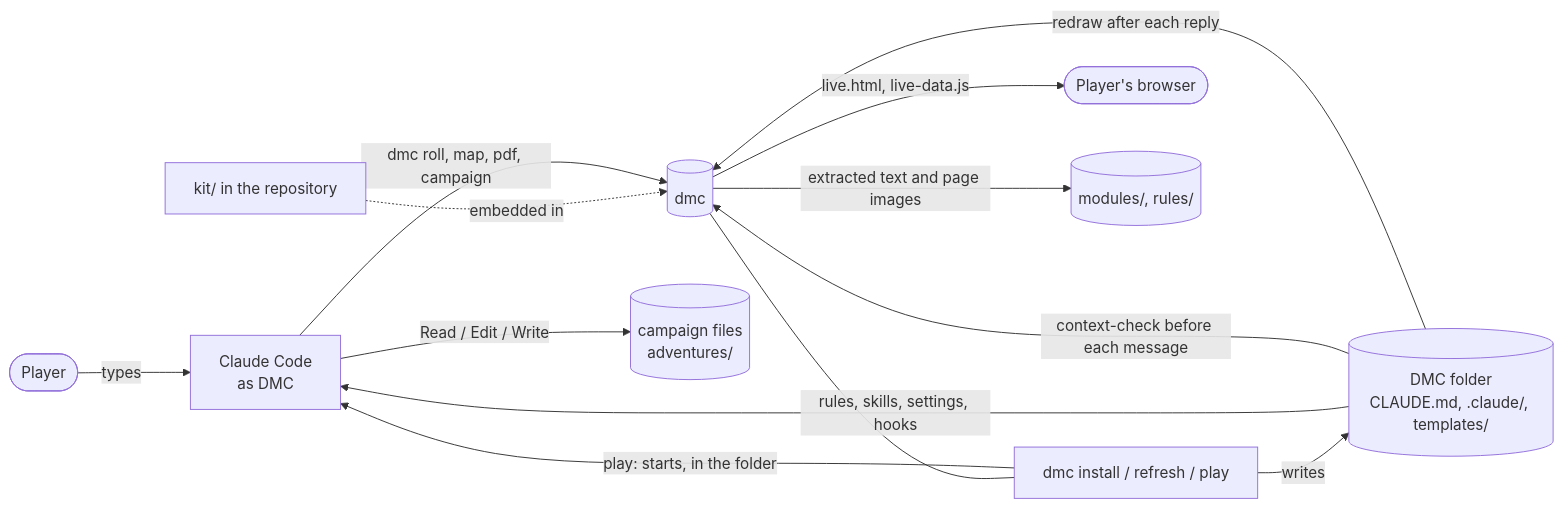
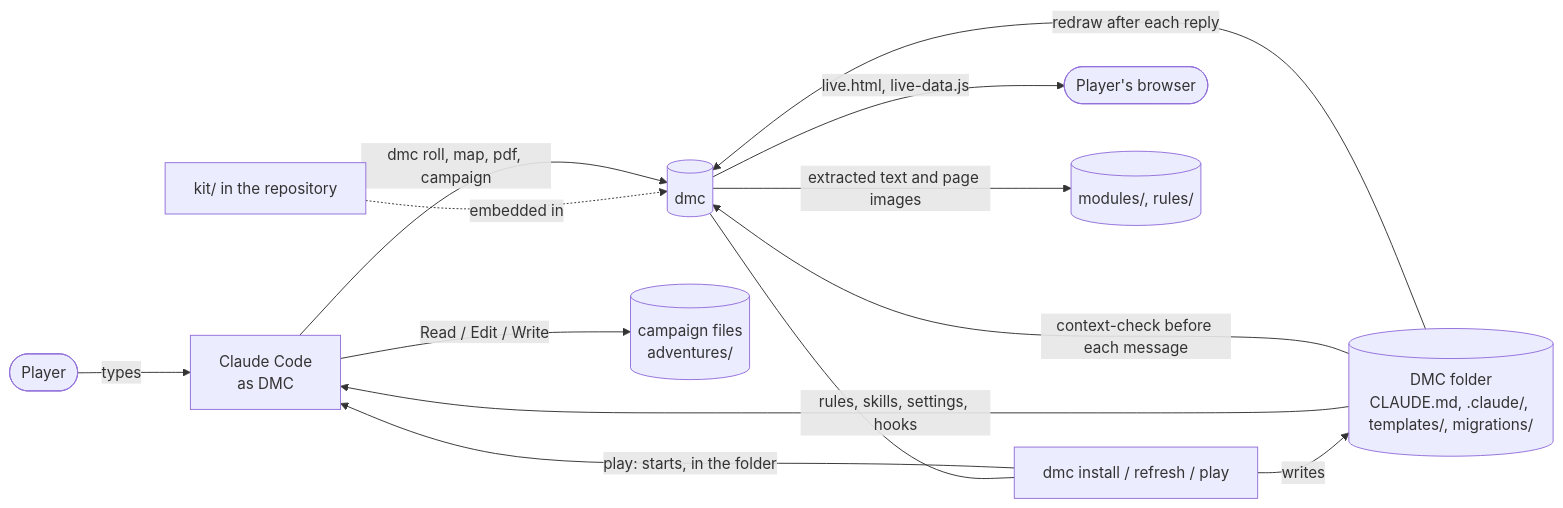
One commit to abaskett3/dungeon-master-claude changed the diagram in .docs/architecture.md. Above: the diagram before and after it, drawn with Mermaid. The commit also changed other lines of this file and 9 other files, not shown here.

````diff
--- a/.docs/architecture.md
+++ b/.docs/architecture.md
@@ -37,15 +38,15 @@
 ```mermaid
 flowchart LR
     player([Player]) -- types --> cc[Claude Code<br/>as DMC]
-    install[dmc install / refresh / play] -- writes --> dmcfolder[(DMC folder<br/>CLAUDE.md, .claude/, templates/)]
+    install[dmc install / refresh / play] -- writes --> dmcfolder[(DMC folder<br/>CLAUDE.md, .claude/, templates/, migrations/)]
     kit[kit/ in the repository] -. embedded in .-> bin[(dmc)]
     bin --- install
     install -- play: starts, in the folder --> cc
     dmcfolder -- rules, skills, settings, hooks --> cc
     cc -- Read / Edit / Write --> files[(campaign files<br/>adventures/)]
     cc -- dmc roll, map, pdf, campaign --> bin
     dmcfolder -- context-check before each message --> bin
     dmcfolder -- redraw after each reply --> bin
     bin -- live.html, live-data.js --> browser([Player's browser])
     bin -- extracted text and page images --> modules[(modules/, rules/)]
 ```
````
